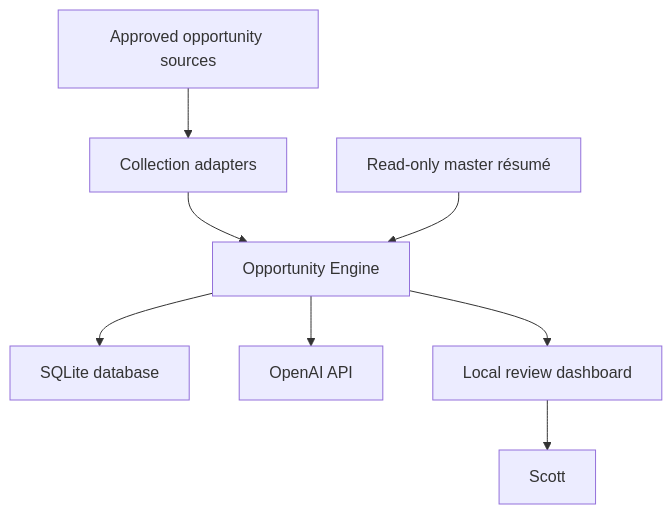
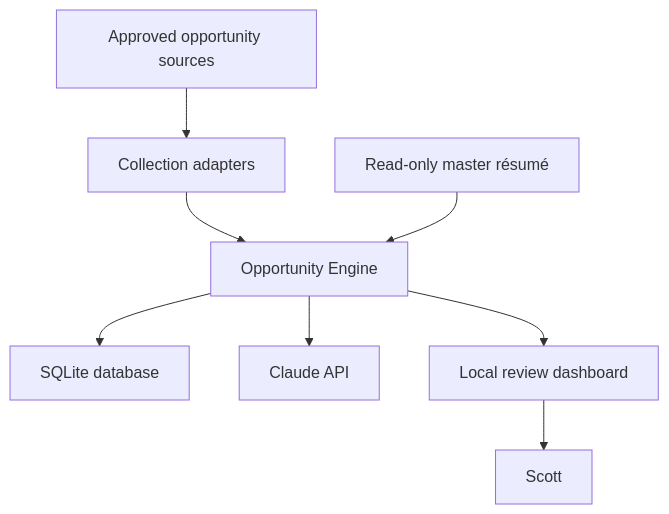
Before and after one commit to scottcarsten/OpportunityEngine: the first of 2 diagrams in docs/ARCHITECTURE.md, drawn with Mermaid. The commit also changed other lines of this file and 15 other files, not shown here.

````diff
--- a/docs/ARCHITECTURE.md
+++ b/docs/ARCHITECTURE.md
@@ -58,10 +58,10 @@
 ```mermaid
 flowchart TD
     S["Approved opportunity sources"] --> C["Collection adapters"]
     C --> E["Opportunity Engine"]
     R["Read-only master résumé"] --> E
     E --> D["SQLite database"]
-    E --> O["OpenAI API"]
+    E --> O["Claude API"]
     E --> U["Local review dashboard"]
     U --> H["Scott"]
 ```
````
